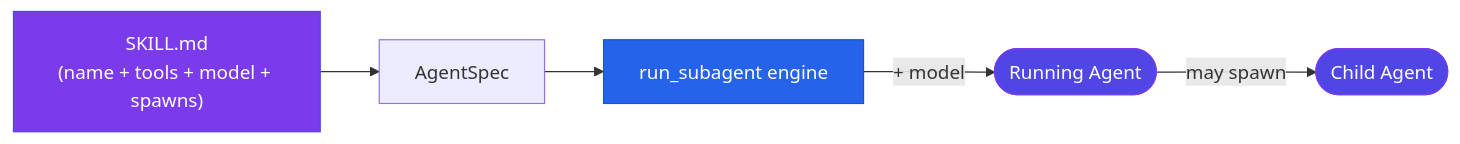
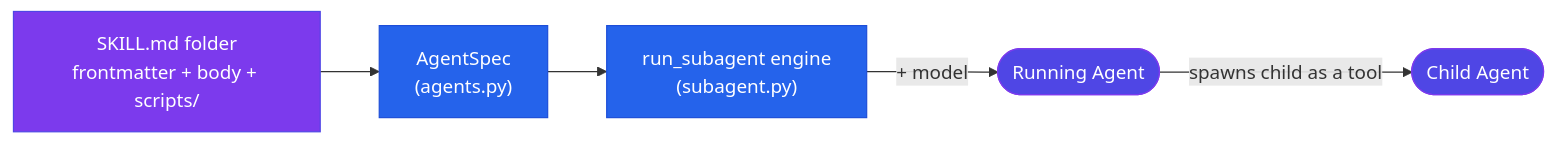
The second of 6 diagrams in README.md (RomanRnlt/Athletly), drawn with Mermaid before and after one commit. The commit also changed other lines of this file and 2 other files, not shown here.

First line of the commit message:
docs+web: expand README (skills/spawn/pydantic, local Supabase), yellow demo banner, gitignore docs/

````diff
--- a/README.md
+++ b/README.md
@@ -101,12 +102,13 @@
 ```mermaid
 flowchart LR
-    SKILL["SKILL.md\n(name + tools + model + spawns)"] --> SPEC["AgentSpec"]
-    SPEC --> ENGINE["run_subagent engine"]
+    SKILL["SKILL.md folder<br/>frontmatter + body + scripts/"] --> SPEC["AgentSpec<br/>(agents.py)"]
+    SPEC --> ENGINE["run_subagent engine<br/>(subagent.py)"]
     ENGINE -->|"+ model"| AGENT(["Running Agent"])
-    AGENT -->|"may spawn"| CHILD(["Child Agent"])
+    AGENT -->|"spawns child as a tool"| CHILD(["Child Agent"])
 
     style SKILL fill:#7C3AED,stroke:#4F46E5,color:#fff
+    style SPEC fill:#2563EB,stroke:#1D4ED8,color:#fff
     style ENGINE fill:#2563EB,stroke:#1D4ED8,color:#fff
     style AGENT fill:#4F46E5,stroke:#7C3AED,color:#fff
     style CHILD fill:#4F46E5,stroke:#7C3AED,color:#fff
 ```
````
